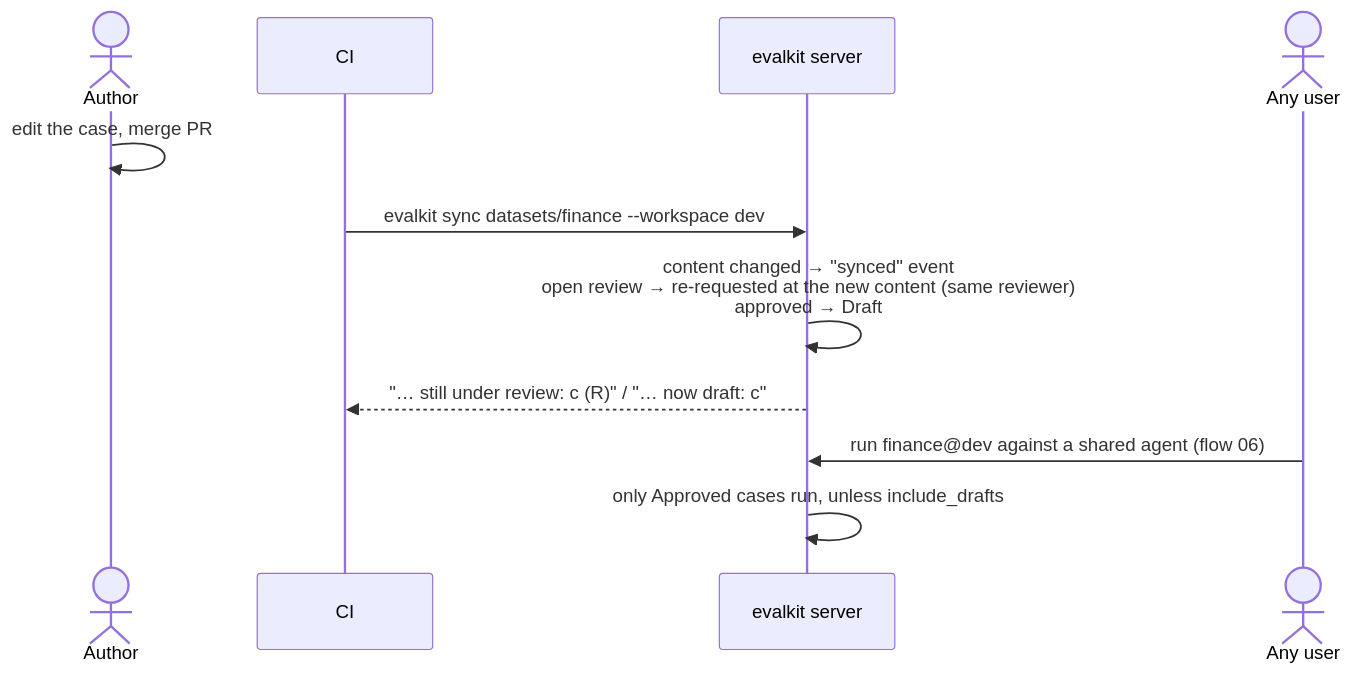
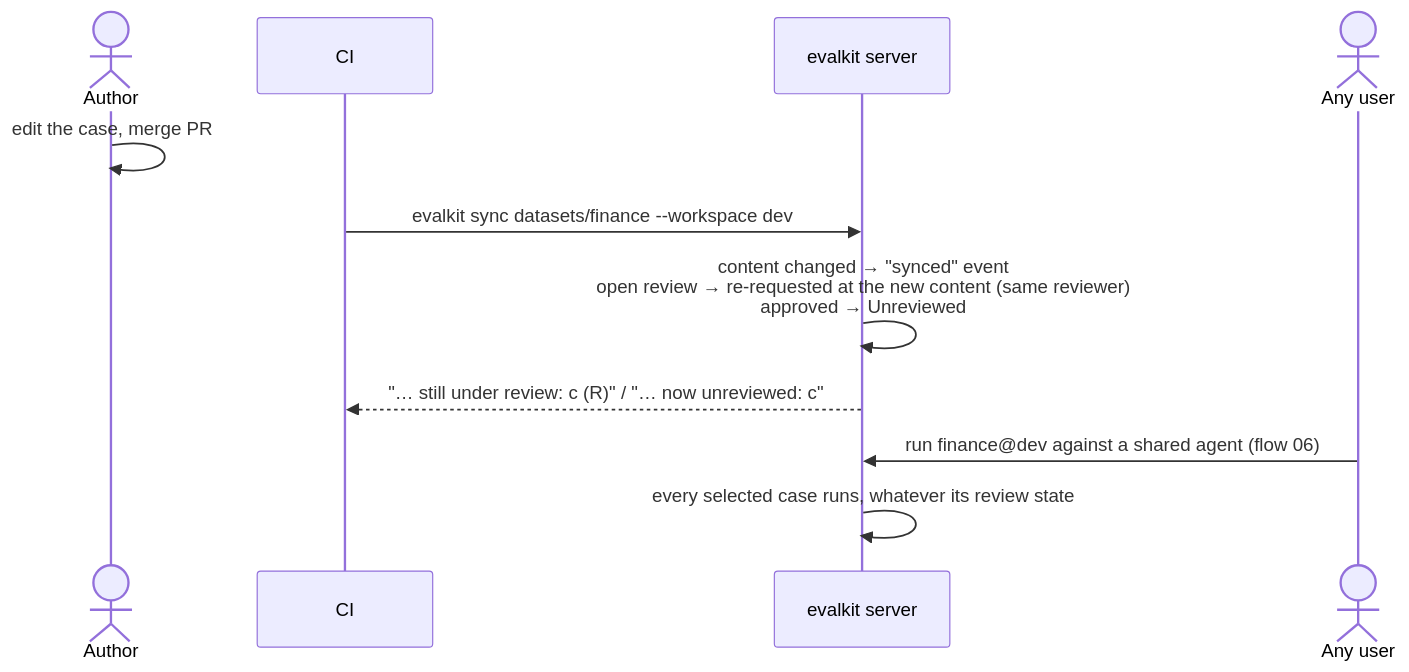
One commit to inferedge-ai/evalkit changed the second of 3 diagrams in docs/flows/05-case-review.md. Above: the diagram before and after it, drawn with Mermaid. The commit also changed other lines of this file and 75 other files, not shown here.

````diff
--- a/docs/flows/05-case-review.md
+++ b/docs/flows/05-case-review.md
@@ -55,13 +55,13 @@
 ```mermaid
 sequenceDiagram
   actor Au as Author
   participant CI as CI
   participant S as evalkit server
   actor Any as Any user
   Au->>Au: edit the case, merge PR
   CI->>S: evalkit sync datasets/finance --workspace dev
-  S->>S: content changed → "synced" event<br/>open review → re-requested at the new content (same reviewer)<br/>approved → Draft
-  S-->>CI: "… still under review: c (R)" / "… now draft: c"
+  S->>S: content changed → "synced" event<br/>open review → re-requested at the new content (same reviewer)<br/>approved → Unreviewed
+  S-->>CI: "… still under review: c (R)" / "… now unreviewed: c"
   Any->>S: run finance@dev against a shared agent (flow 06)
-  S->>S: only Approved cases run, unless include_drafts
+  S->>S: every selected case runs, whatever its review state
 ```
````
